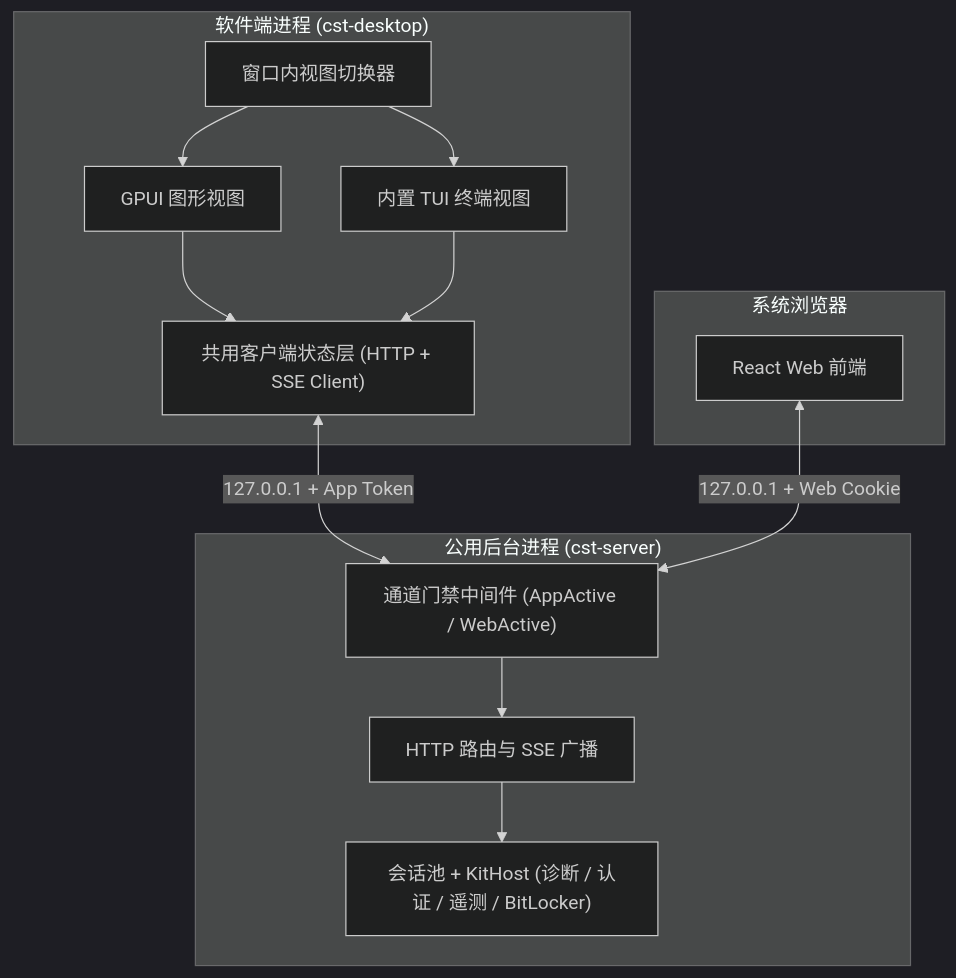
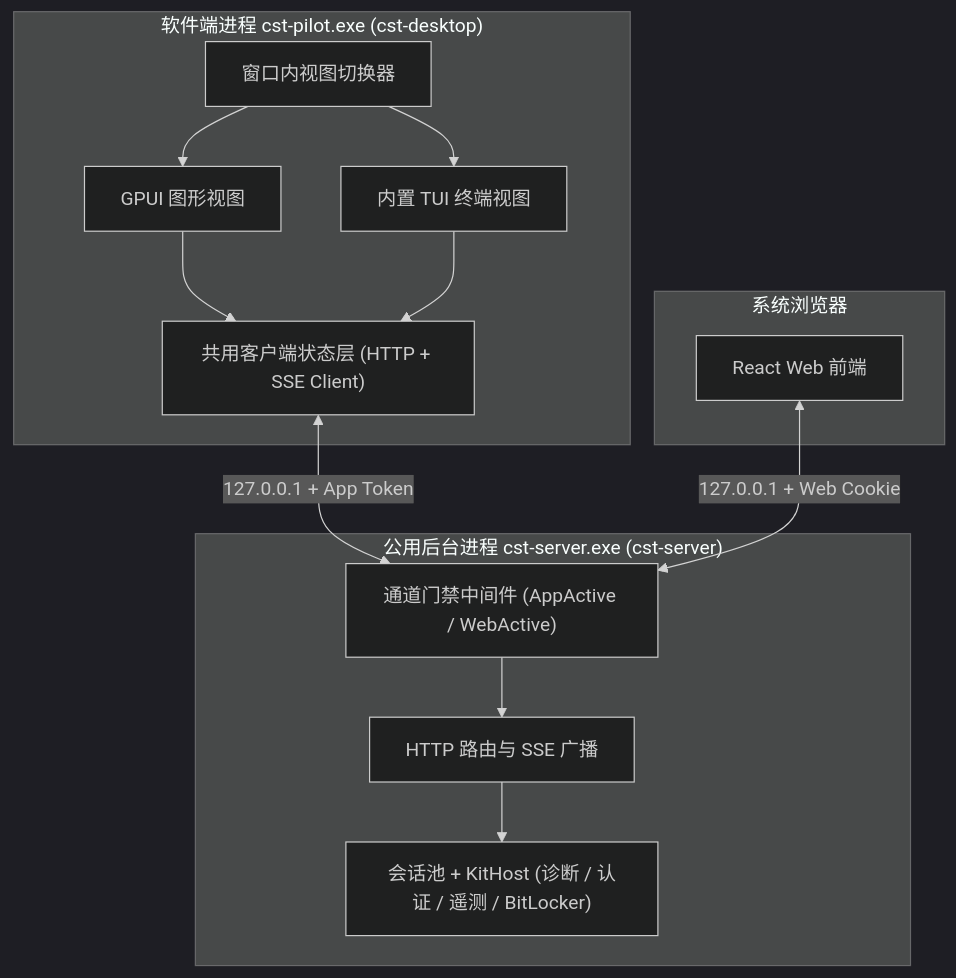
The first of 4 diagrams in doc/rust/plan/7.server.md (SCAU-Computer-Serving-Team/cst-pilot), drawn with Mermaid (dark theme) before and after one commit. The commit also changed other lines of this file and 46 other files, not shown here.

````diff
--- a/doc/rust/plan/7.server.md
+++ b/doc/rust/plan/7.server.md
@@ -42,29 +42,29 @@
 ```mermaid
 flowchart TB
-    subgraph AppProcess["软件端进程 (cst-desktop)"]
+    subgraph AppProcess["软件端进程 cst-pilot.exe (cst-desktop)"]
         Switch["窗口内视图切换器"]
         GuiView["GPUI 图形视图"]
         TuiView["内置 TUI 终端视图"]
         ClientCore["共用客户端状态层 (HTTP + SSE Client)"]
 
         Switch --> GuiView
         Switch --> TuiView
         GuiView --> ClientCore
         TuiView --> ClientCore
     end
 
     subgraph Browser["系统浏览器"]
         WebUI["React Web 前端"]
     end
 
-    subgraph ServerProcess["公用后台进程 (cst-server)"]
+    subgraph ServerProcess["公用后台进程 cst-server.exe (cst-server)"]
         Gate["通道门禁中间件 (AppActive / WebActive)"]
         Api["HTTP 路由与 SSE 广播"]
         Core["会话池 + KitHost (诊断 / 认证 / 遥测 / BitLocker)"]
 
         Gate --> Api --> Core
     end
 
     ClientCore <-->|"127.0.0.1 + App Token"| Gate
     WebUI <-->|"127.0.0.1 + Web Cookie"| Gate
 ```
````
